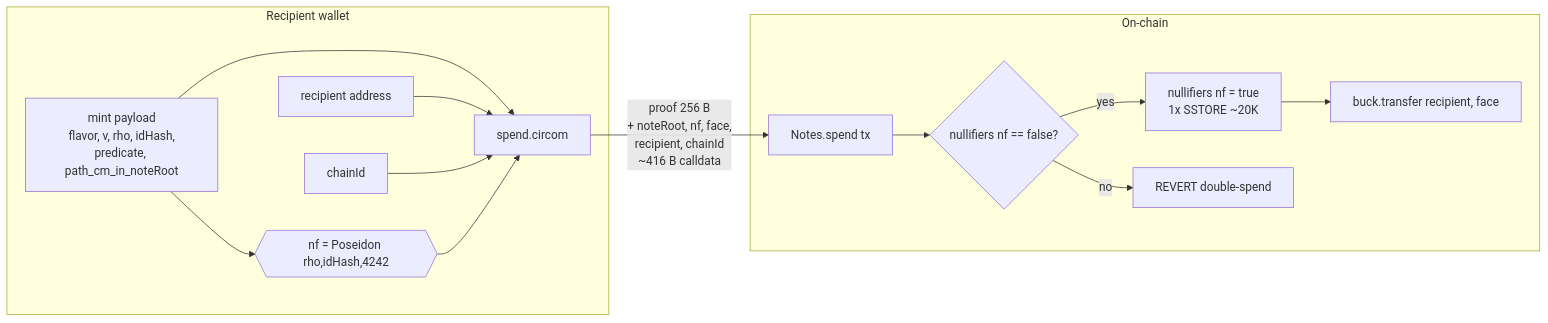
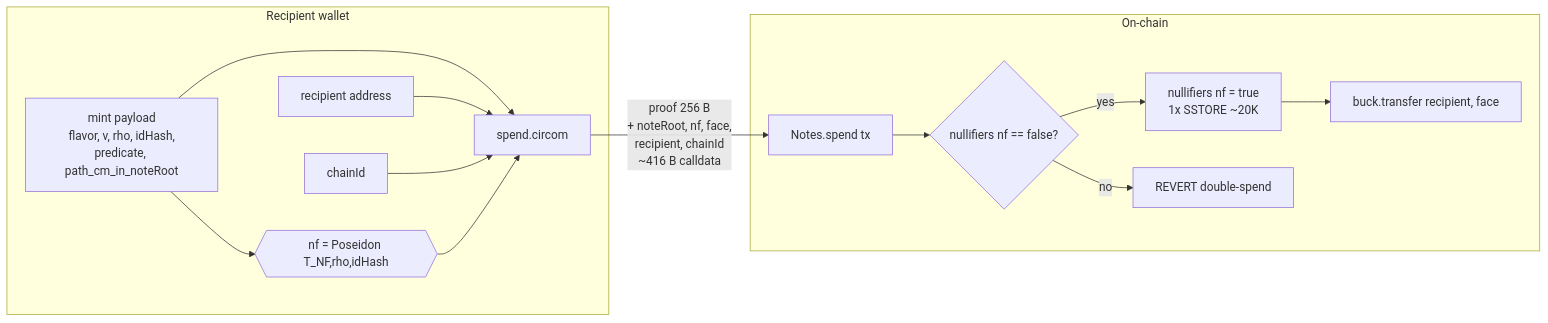
One commit to alberta-buck/alberta-buck changed the third of 4 diagrams in alberta-buck-notes-serialized.org. Above: the diagram before and after it, drawn with Mermaid. The commit also changed other lines of this file and 157 other files, not shown here.

```diff
--- a/alberta-buck-notes-serialized.org
+++ b/alberta-buck-notes-serialized.org
@@ -299,23 +299,23 @@
 #+BEGIN_SRC mermaid :file ./images/spend-single.png
 flowchart LR
   subgraph wallet[Recipient wallet]
     pkt[mint payload<br/>flavor, v, rho, idHash,<br/>predicate, path_cm_in_noteRoot]
     rcp[recipient address]
     ch[chainId]
-    nf{{"nf = Poseidon rho,idHash,4242"}}
+    nf{{"nf = Poseidon T_NF,rho,idHash"}}
     pkt --> nf
     pkt --> spc[spend.circom]
     rcp --> spc
     ch --> spc
     nf --> spc
   end
 
   spc -->|"proof 256 B<br/>+ noteRoot, nf, face,<br/>recipient, chainId<br/>~416 B calldata"| tx[Notes.spend tx]
 
   subgraph chain[On-chain]
     tx --> guard{"nullifiers nf == false?"}
     guard -->|yes| burn[nullifiers nf = true<br/>1x SSTORE ~20K]
     guard -->|no| revert[REVERT double-spend]
     burn --> pay["buck.transfer recipient, face"]
   end
 #+END_SRC
```
